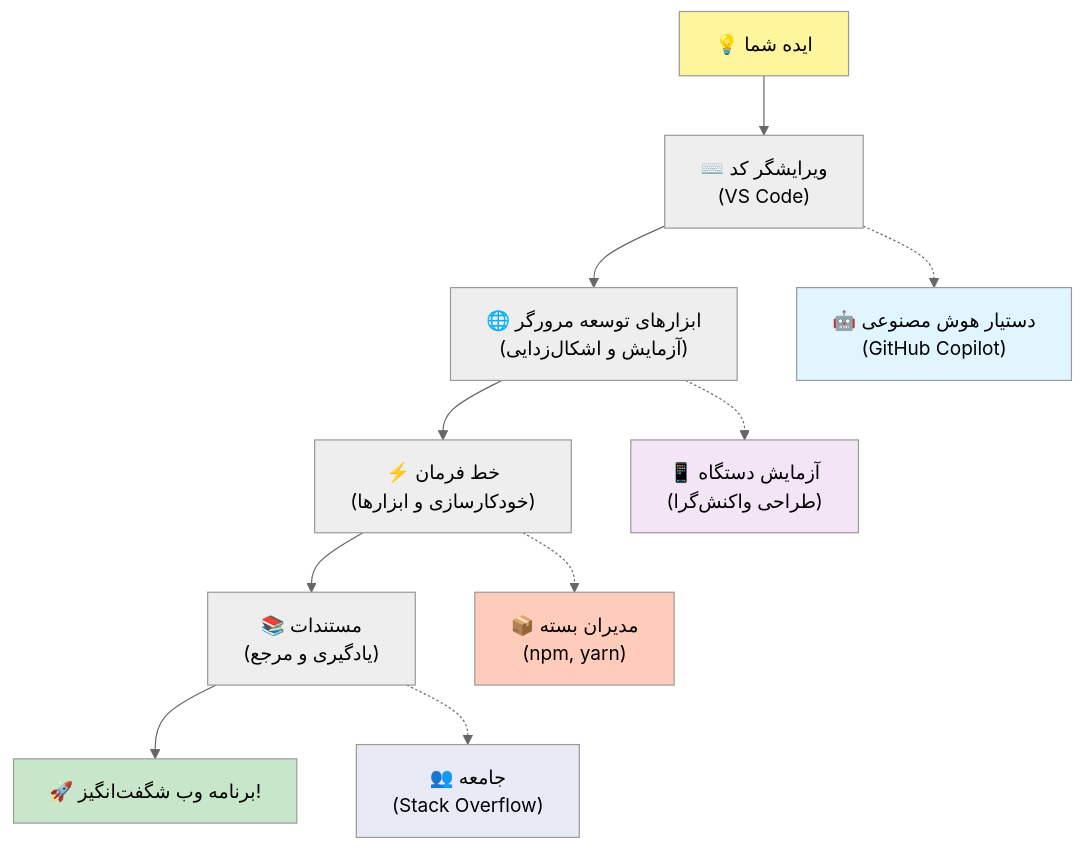
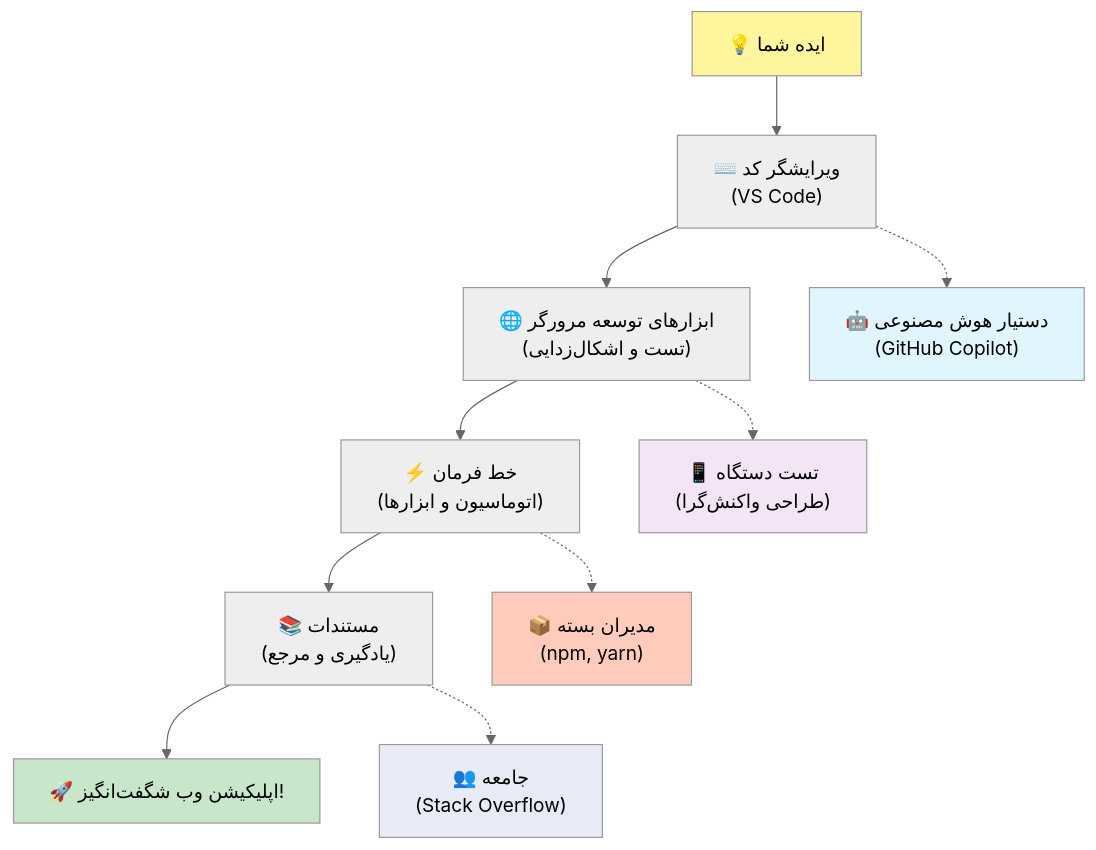
One commit to microsoft/Web-Dev-For-Beginners changed the fifth of 7 diagrams in translations/fa/1-getting-started-lessons/1-intro-to-programming-languages/README.md. Above: the diagram before and after it, drawn with Mermaid (neutral theme). The commit also changed other lines of this file and 8 other files, not shown here.

````diff
--- a/translations/fa/1-getting-started-lessons/1-intro-to-programming-languages/README.md
+++ b/translations/fa/1-getting-started-lessons/1-intro-to-programming-languages/README.md
@@ -486,20 +487,20 @@
 ```mermaid
 graph TD
     A["💡 ایده شما"] --> B["⌨️ ویرایشگر کد<br/>(VS Code)"] 
-    B --> C["🌐 ابزارهای توسعه مرورگر<br/>(آزمایش و اشکال‌زدایی)"]
-    C --> D["⚡ خط فرمان<br/>(خودکارسازی و ابزارها)"]
+    B --> C["🌐 ابزارهای توسعه مرورگر<br/>(تست و اشکال‌زدایی)"]
+    C --> D["⚡ خط فرمان<br/>(اتوماسیون و ابزارها)"]
     D --> E["📚 مستندات<br/>(یادگیری و مرجع)"]
-    E --> F["🚀 برنامه وب شگفت‌انگیز!"]
+    E --> F["🚀 اپلیکیشن وب شگفت‌انگیز!"]
     
     B -.-> G["🤖 دستیار هوش مصنوعی<br/>(GitHub Copilot)"]
-    C -.-> H["📱 آزمایش دستگاه<br/>(طراحی واکنش‌گرا)"]
+    C -.-> H["📱 تست دستگاه<br/>(طراحی واکنش‌گرا)"]
     D -.-> I["📦 مدیران بسته<br/>(npm, yarn)"]
     E -.-> J["👥 جامعه<br/>(Stack Overflow)"]
     
     style A fill:#fff59d
     style F fill:#c8e6c9
     style G fill:#e1f5fe
     style H fill:#f3e5f5
     style I fill:#ffccbc
     style J fill:#e8eaf6
 ```  
````
